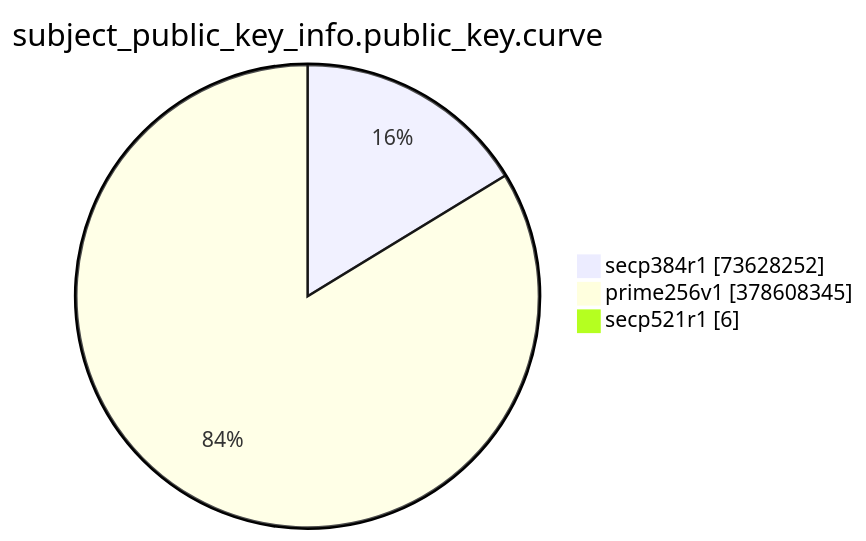
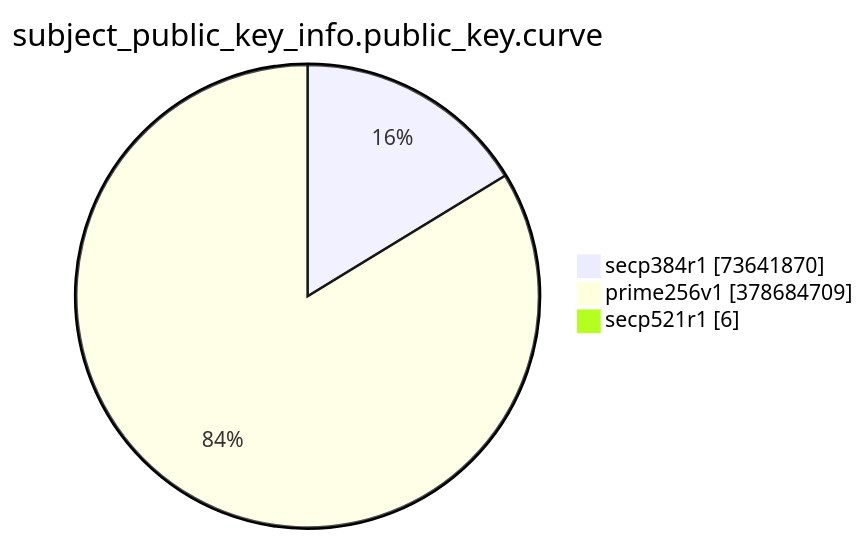
One commit to christiankrug/ctmonitor_visualization changed the eighth of 15 diagrams in TOTAL/README.md. Above: the diagram before and after it, drawn with Mermaid. The commit also changed other lines of this file, not shown here.

````diff
--- a/TOTAL/README.md
+++ b/TOTAL/README.md
@@ -3094,7 +3094,7 @@
 ```mermaid
 pie showData
 title subject_public_key_info.public_key.curve
-"secp384r1" :73628252
-"prime256v1" :378608345
+"secp384r1" :73641870
+"prime256v1" :378684709
 "secp521r1" :6
 ```
````
